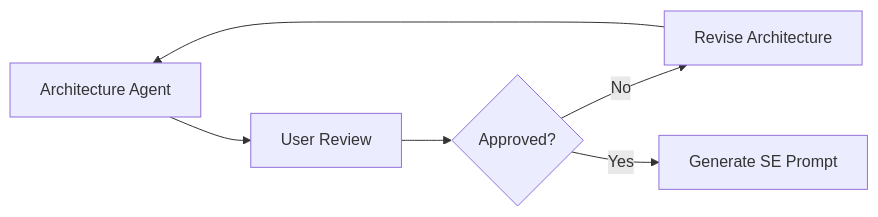
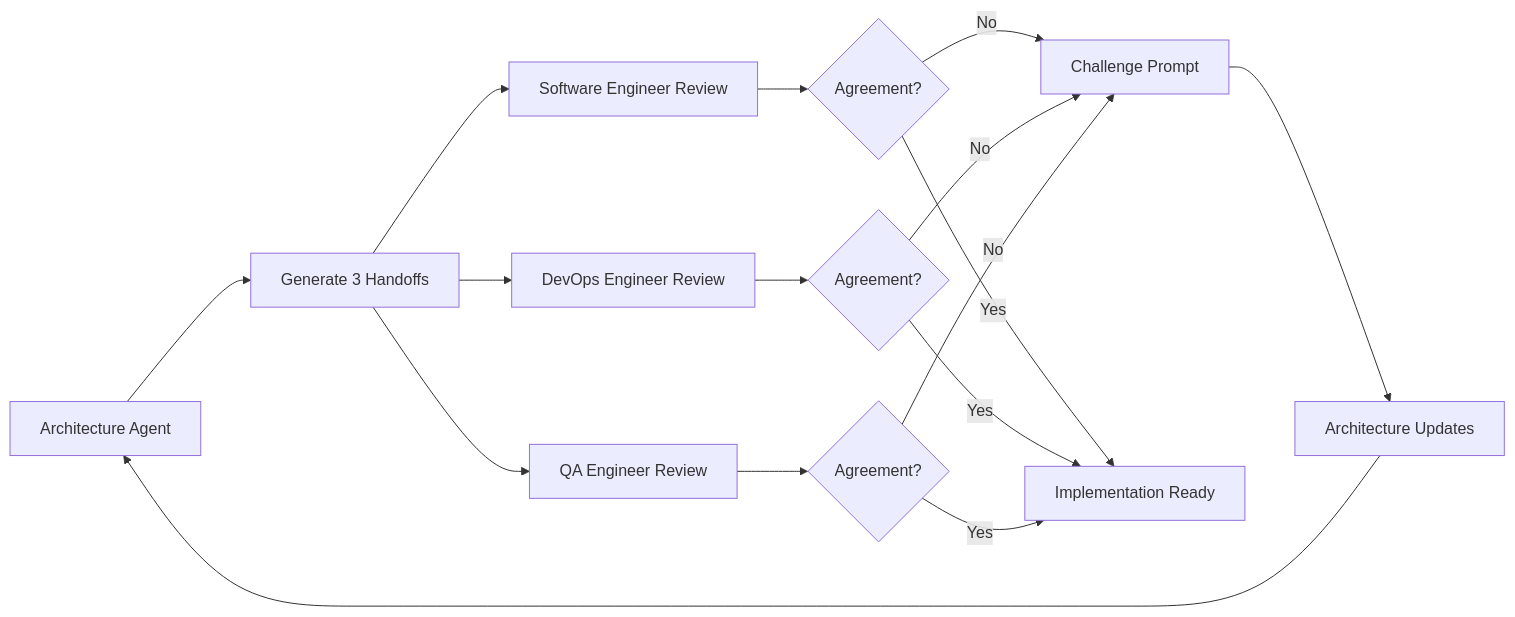
The second of 4 diagrams in README.md (jnhaffey/AI-Agent-Project-Instruction-Generator), drawn with Mermaid before and after one commit. The commit also changed other lines of this file and 13 other files, not shown here.

````diff
--- a/README.md
+++ b/README.md
@@ -261,8 +290,18 @@
 ```mermaid
 graph LR
-    A[Architecture Agent] --> B[User Review]
-    B --> C{Approved?}
-    C -->|No| D[Revise Architecture]
-    C -->|Yes| E[Generate SE Prompt]
-    D --> A
+    A[Architecture Agent] --> B[Generate 3 Handoffs]
+    B --> C[Software Engineer Review]
+    B --> D[DevOps Engineer Review]
+    B --> E[QA Engineer Review]
+    C --> F{Agreement?}
+    D --> G{Agreement?}
+    E --> H{Agreement?}
+    F -->|No| I[Challenge Prompt]
+    G -->|No| I
+    H -->|No| I
+    I --> J[Architecture Updates]
+    J --> A
+    F -->|Yes| K[Implementation Ready]
+    G -->|Yes| K
+    H -->|Yes| K
 ```
````
